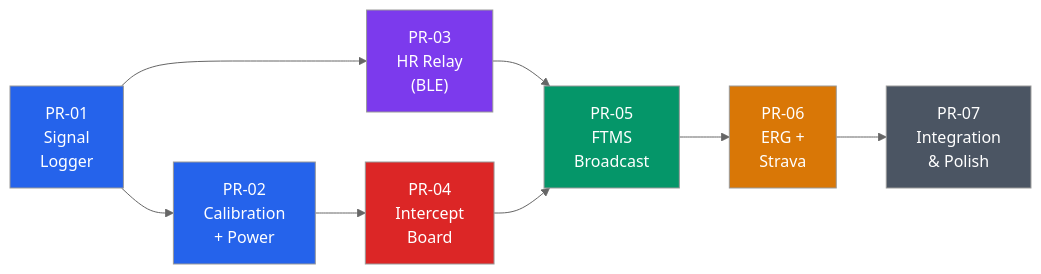
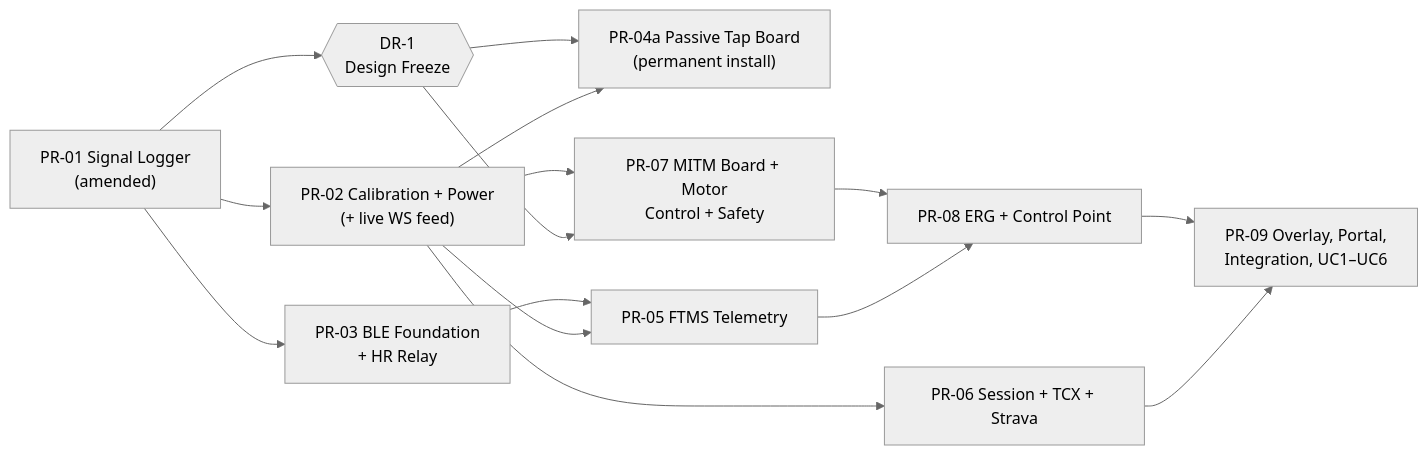
The diagram in .agents/skills/principal-architect-workspace/PROGRAM-PLAN.md (cblabs-org/echenon), drawn with Mermaid (neutral theme) before and after one commit. The commit also changed other lines of this file and 37 other files, not shown here.

First line of the commit message:
docs: apply Chief Architect Design Audit — SPEC, programme, hardware spec

````diff
--- a/.agents/skills/principal-architect-workspace/PROGRAM-PLAN.md
+++ b/.agents/skills/principal-architect-workspace/PROGRAM-PLAN.md
@@ -27,18 +26,17 @@
 ```mermaid
 graph LR
-    PR1["PR-01<br/>Signal<br/>Logger"] --> PR2["PR-02<br/>Calibration<br/>+ Power"]
-    PR1 --> PR3h["PR-03<br/>HR Relay<br/>(BLE)"]
-    PR2 --> PR4["PR-04<br/>Intercept<br/>Board"]
-    PR3h --> PR5["PR-05<br/>FTMS<br/>Broadcast"]
-    PR4 --> PR5
-    PR5 --> PR6["PR-06<br/>ERG +<br/>Strava"]
-    PR6 --> PR7["PR-07<br/>Integration<br/>& Polish"]
-
-    style PR1 fill:#2563EB,color:#fff
-    style PR2 fill:#2563EB,color:#fff
-    style PR3h fill:#7C3AED,color:#fff
-    style PR4 fill:#DC2626,color:#fff
-    style PR5 fill:#059669,color:#fff
-    style PR6 fill:#D97706,color:#fff
-    style PR7 fill:#4B5563,color:#fff
+    PR1["PR-01 Signal Logger<br/>(amended)"] --> DR1{{"DR-1<br/>Design Freeze"}}
+    PR1 --> PR2["PR-02 Calibration + Power<br/>(+ live WS feed)"]
+    PR1 --> PR3["PR-03 BLE Foundation<br/>+ HR Relay"]
+    PR2 --> PR4a["PR-04a Passive Tap Board<br/>(permanent install)"]
+    PR2 --> PR5["PR-05 FTMS Telemetry"]
+    PR3 --> PR5
+    PR2 --> PR6["PR-06 Session + TCX + Strava"]
+    DR1 --> PR4a
+    DR1 --> PR7["PR-07 MITM Board + Motor<br/>Control + Safety"]
+    PR2 --> PR7
+    PR5 --> PR8["PR-08 ERG + Control Point"]
+    PR7 --> PR8
+    PR6 --> PR9["PR-09 Overlay, Portal,<br/>Integration, UC1–UC6"]
+    PR8 --> PR9
 ```
````
